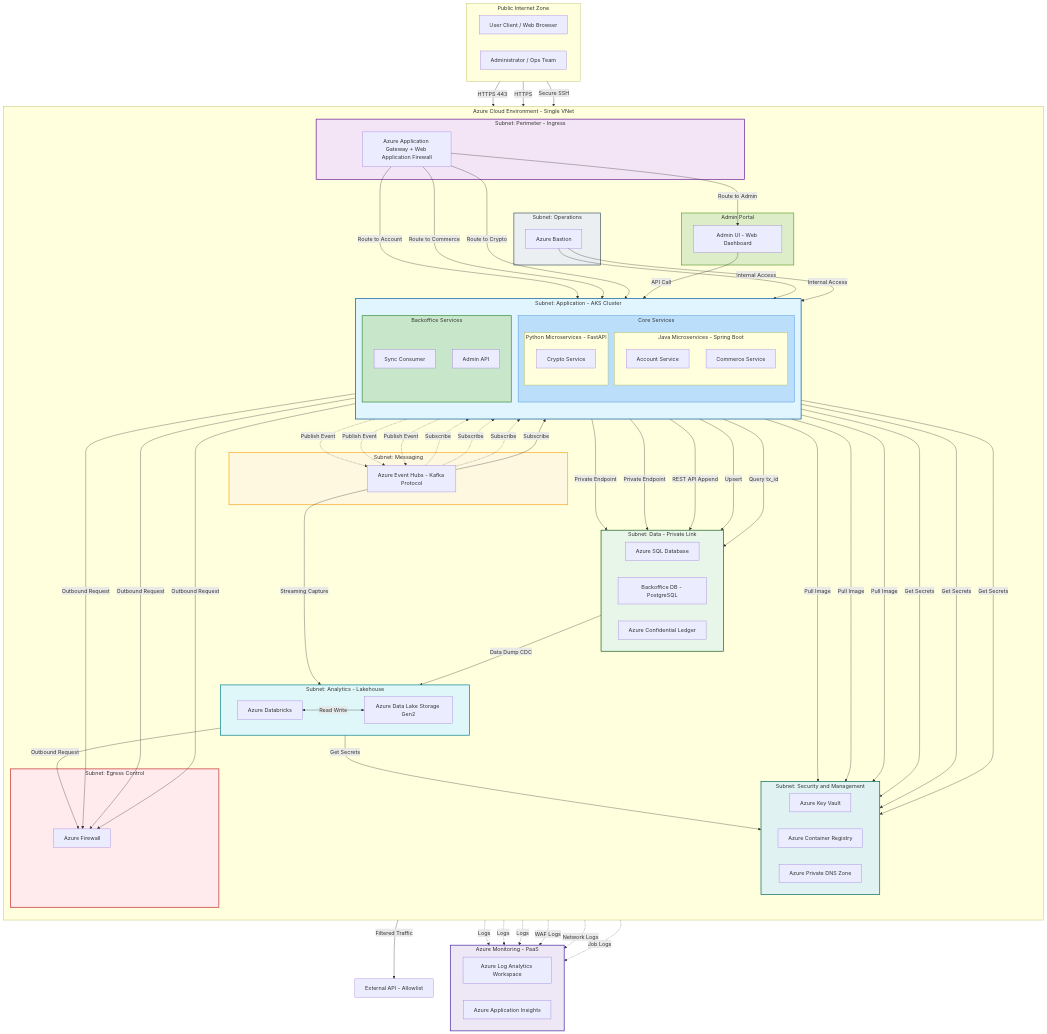
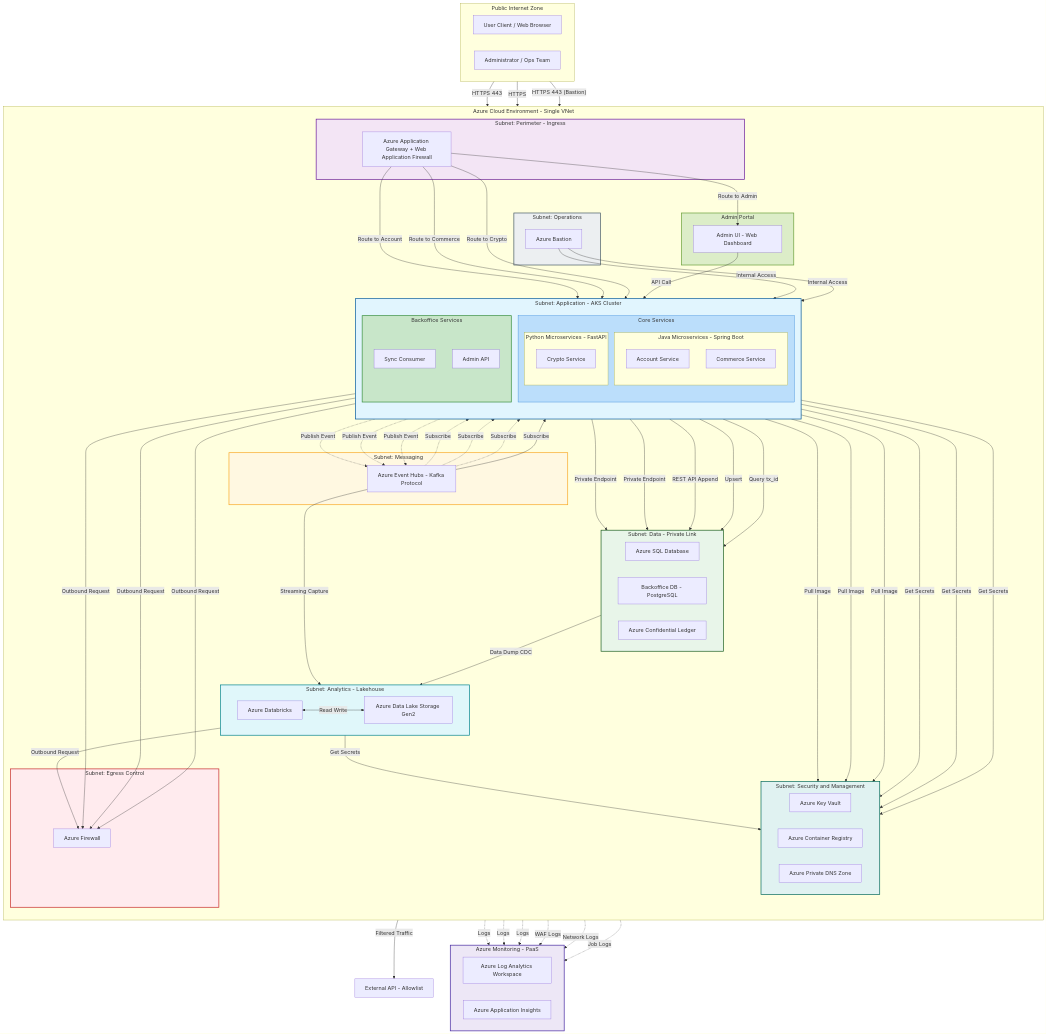
The first of 16 diagrams in README.md (Naver-Dunamu-Merge-TF/NSC-infra), drawn with Mermaid before and after one commit. The commit also changed other lines of this file and 1 other file, not shown here.

Commit message:
fix: 2nd review  DNAT 2-plane, Bastion HTTPS 443 labels, RBAC Event Hubs split, SlackTeams unified

```diff
--- a/README.md
+++ b/README.md
@@ -189,7 +189,7 @@
     AdminUI -->|API Call| AdminAPI
 
     %% 3. Admin Ops Access
-    Admin -->|Secure SSH| Bastion
+    Admin -->|"HTTPS 443 (Bastion)"| Bastion
     Bastion -->|Internal Access| AccSvc
     Bastion -->|Internal Access| ComSvc
 
```
